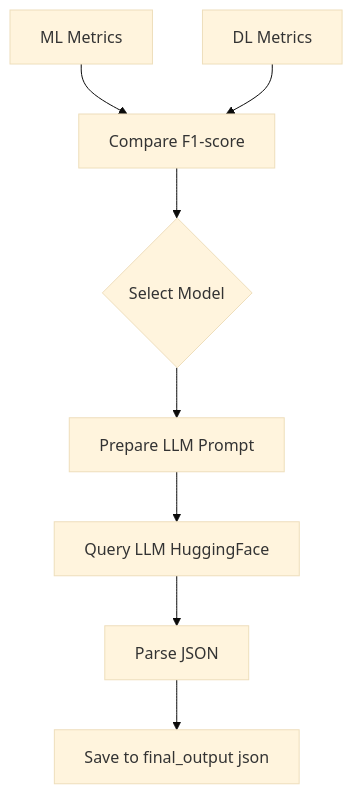
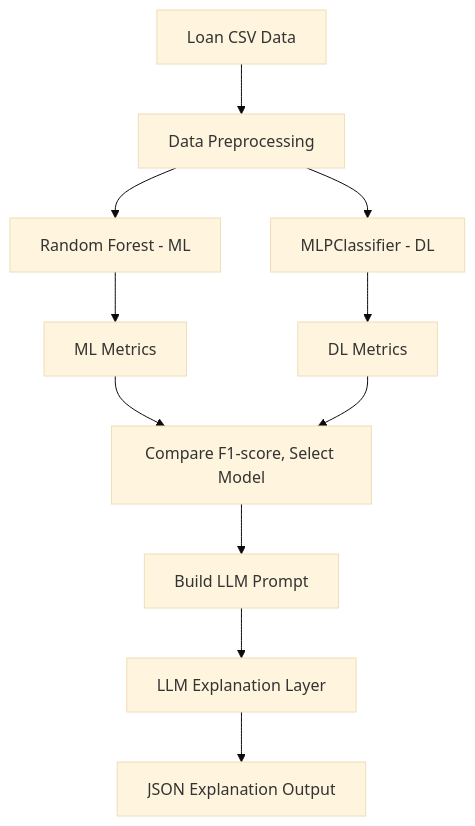
Before and after one commit to Rahullll101/Task_2: the first of 3 diagrams in read.md, drawn with Mermaid (base theme). The commit also changed other lines of this file, not shown here.

````diff
--- a/read.md
+++ b/read.md
@@ -350,10 +124,13 @@
 ```mermaid
 flowchart TD
-    A[ML Metrics] --> C[Compare F1-score]
-    B[DL Metrics] --> C
-    C --> D{Select Model}
-    D --> E[Prepare LLM Prompt]
-    E --> F[Query LLM HuggingFace]
-    F --> G[Parse JSON]
-    G --> H[Save to final_output json]
+    A[Loan CSV Data] --> B[Data Preprocessing]
+    B --> C[Random Forest - ML]
+    B --> D[MLPClassifier - DL]
+    C --> E[ML Metrics]
+    D --> F[DL Metrics]
+    E --> G[Compare F1-score, Select Model]
+    F --> G
+    G --> H[Build LLM Prompt]
+    H --> I[LLM Explanation Layer]
+    I --> J[JSON Explanation Output]
 ```
````
